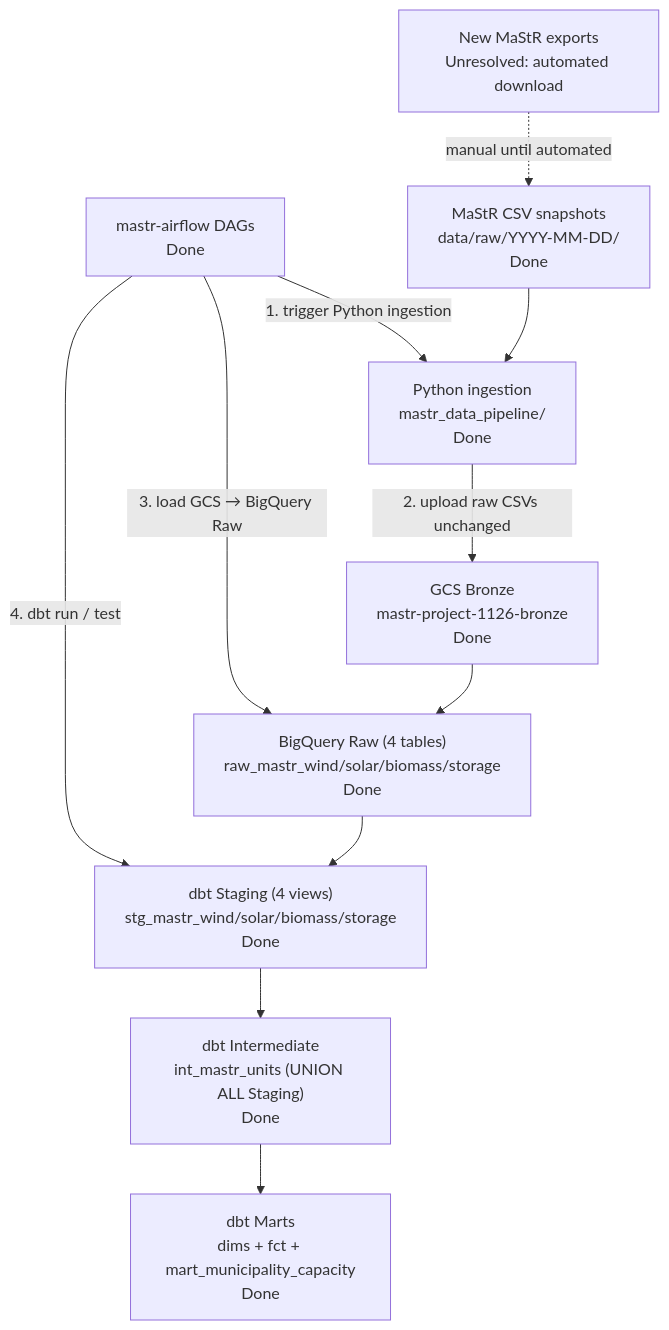
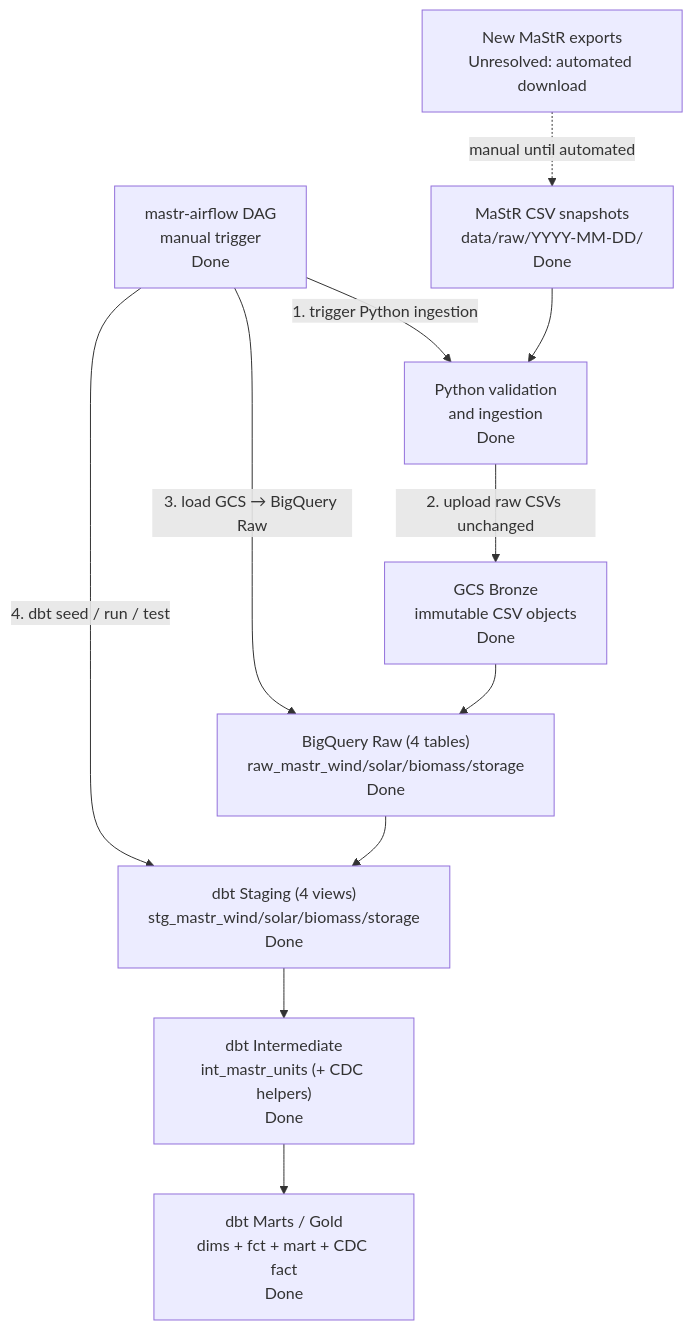
One commit to anyarlene/mastr-project changed the diagram in mastr-data-pipeline/docs/architecture.md. Above: the diagram before and after it, drawn with Mermaid. The commit also changed other lines of this file and 2 other files, not shown here.

Commit message:
docs: align architecture documentation and add schema diagram

````diff
--- a/mastr-data-pipeline/docs/architecture.md
+++ b/mastr-data-pipeline/docs/architecture.md
@@ -32,27 +38,27 @@
 ```mermaid
 flowchart TB
   DL["New MaStR exports<br/>Unresolved: automated download"]
   CSV["MaStR CSV snapshots<br/>data/raw/YYYY-MM-DD/<br/>Done"]
 
-  AF["mastr-airflow DAGs<br/>Done"]
+  AF["mastr-airflow DAG<br/>manual trigger<br/>Done"]
 
-  PY["Python ingestion<br/>mastr_data_pipeline/<br/>Done"]
-  GCS["GCS Bronze<br/>mastr-project-1126-bronze<br/>Done"]
+  PY["Python validation<br/>and ingestion<br/>Done"]
+  GCS["GCS Bronze<br/>immutable CSV objects<br/>Done"]
 
   BQRaw["BigQuery Raw (4 tables)<br/>raw_mastr_wind/solar/biomass/storage<br/>Done"]
 
   STG["dbt Staging (4 views)<br/>stg_mastr_wind/solar/biomass/storage<br/>Done"]
-  INT["dbt Intermediate<br/>int_mastr_units (UNION ALL Staging)<br/>Done"]
-  MART["dbt Marts<br/>dims + fct + mart_municipality_capacity<br/>Done"]
+  INT["dbt Intermediate<br/>int_mastr_units (+ CDC helpers)<br/>Done"]
+  MART["dbt Marts / Gold<br/>dims + fct + mart + CDC fact<br/>Done"]
 
   DL -.->|"manual until automated"| CSV
   AF -->|"1. trigger Python ingestion"| PY
   CSV --> PY
   PY -->|"2. upload raw CSVs unchanged"| GCS
   AF -->|"3. load GCS → BigQuery Raw"| BQRaw
   GCS --> BQRaw
-  AF -->|"4. dbt run / test"| STG
+  AF -->|"4. dbt seed / run / test"| STG
   BQRaw --> STG
   STG --> INT
   INT --> MART
 ```
````
